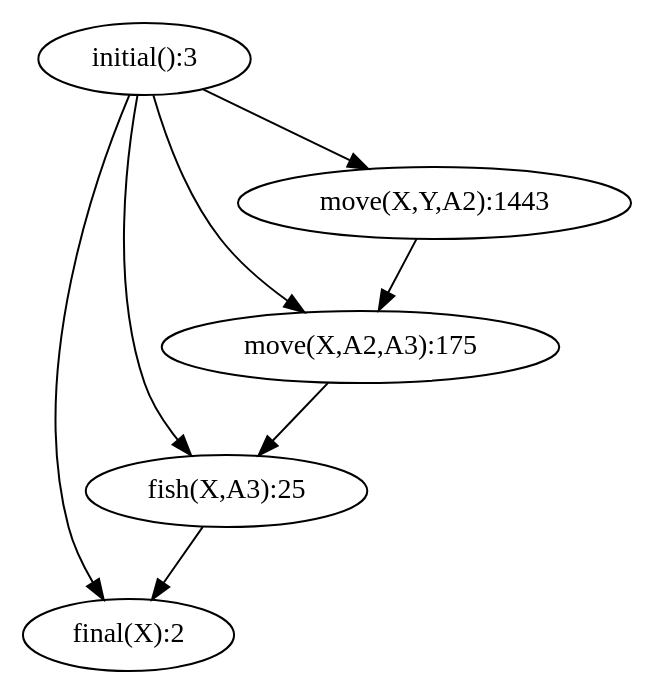
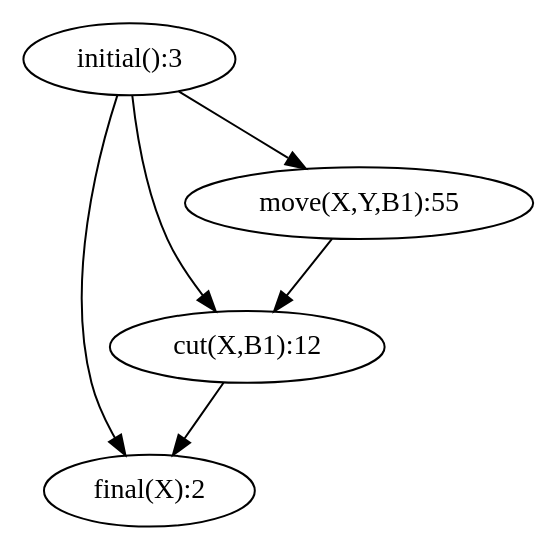
One commit to tokyramarozaka/mimosa-iriela-extension changed the diagram in output/overview.png.dot. Above: the diagram before and after it, drawn with Graphviz. The commit also changed 21 other files, not shown here.

```diff
--- a/output/overview.png.dot
+++ b/output/overview.png.dot
@@ -1,9 +1,7 @@
 digraph G { 
   "initial():3" -> "final(X):2";
-  "initial():3" -> "fish(X,A3):25";
-  "initial():3" -> "move(X,A2,A3):175";
-  "initial():3" -> "move(X,Y,A2):1443";
-  "fish(X,A3):25" -> "final(X):2";
-  "move(X,A2,A3):175" -> "fish(X,A3):25";
-  "move(X,Y,A2):1443" -> "move(X,A2,A3):175";
+  "initial():3" -> "cut(X,B1):12";
+  "initial():3" -> "move(X,Y,B1):55";
+  "cut(X,B1):12" -> "final(X):2";
+  "move(X,Y,B1):55" -> "cut(X,B1):12";
 }
```
